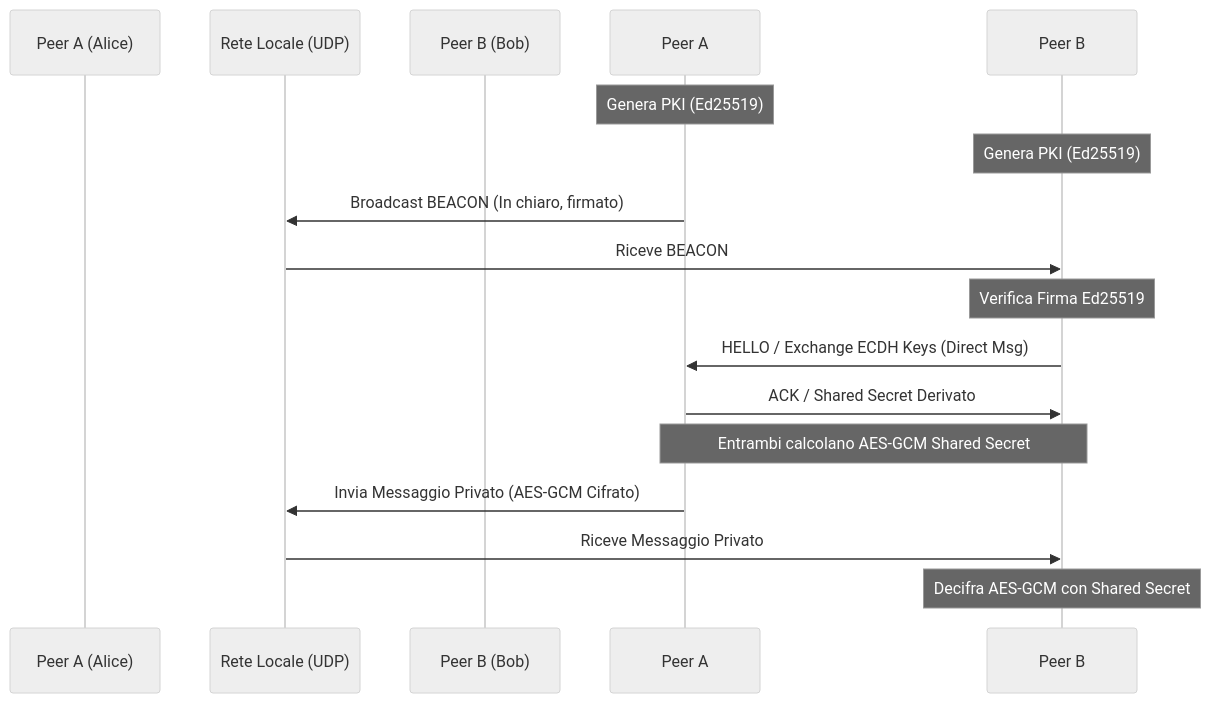
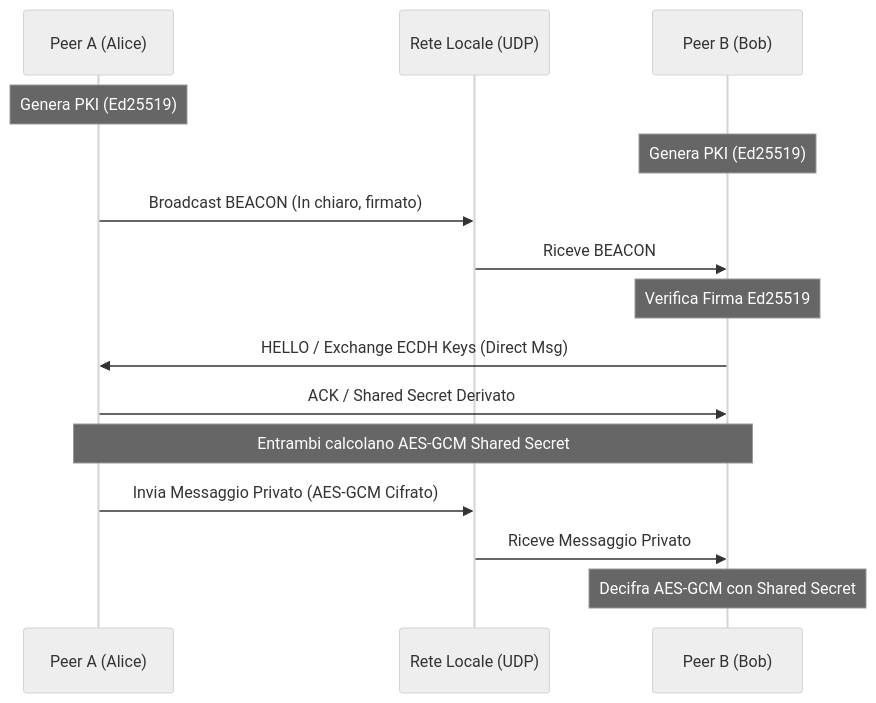
Before and after one commit to biagio-scaglia/YamiLink: the second of 3 diagrams in README.md, drawn with Mermaid (neutral theme). The commit also changed other lines of this file, not shown here.

Commit message:
Docs: fix all remaining Mermaid unquoted parentheses syntax errors

````diff
--- a/README.md
+++ b/README.md
@@ -54,21 +54,21 @@
 ```mermaid
 sequenceDiagram
-    participant Peer A (Alice)
-    participant Rete Locale (UDP)
-    participant Peer B (Bob)
+    participant Peer_A as Peer A (Alice)
+    participant UDP as Rete Locale (UDP)
+    participant Peer_B as Peer B (Bob)
 
-    Note over Peer A: Genera PKI (Ed25519)
-    Note over Peer B: Genera PKI (Ed25519)
+    Note over Peer_A: Genera PKI (Ed25519)
+    Note over Peer_B: Genera PKI (Ed25519)
 
-    Peer A->>Rete Locale (UDP): Broadcast BEACON (In chiaro, firmato)
-    Rete Locale (UDP)->>Peer B: Riceve BEACON
-    Note over Peer B: Verifica Firma Ed25519
-    Peer B->>Peer A: HELLO / Exchange ECDH Keys (Direct Msg)
-    Peer A->>Peer B: ACK / Shared Secret Derivato
+    Peer_A->>UDP: Broadcast BEACON (In chiaro, firmato)
+    UDP->>Peer_B: Riceve BEACON
+    Note over Peer_B: Verifica Firma Ed25519
+    Peer_B->>Peer_A: HELLO / Exchange ECDH Keys (Direct Msg)
+    Peer_A->>Peer_B: ACK / Shared Secret Derivato
 
-    Note over Peer A, Peer B: Entrambi calcolano AES-GCM Shared Secret
+    Note over Peer_A, Peer_B: Entrambi calcolano AES-GCM Shared Secret
 
-    Peer A->>Rete Locale (UDP): Invia Messaggio Privato (AES-GCM Cifrato)
-    Rete Locale (UDP)->>Peer B: Riceve Messaggio Privato
-    Note over Peer B: Decifra AES-GCM con Shared Secret
+    Peer_A->>UDP: Invia Messaggio Privato (AES-GCM Cifrato)
+    UDP->>Peer_B: Riceve Messaggio Privato
+    Note over Peer_B: Decifra AES-GCM con Shared Secret
 ```
````
